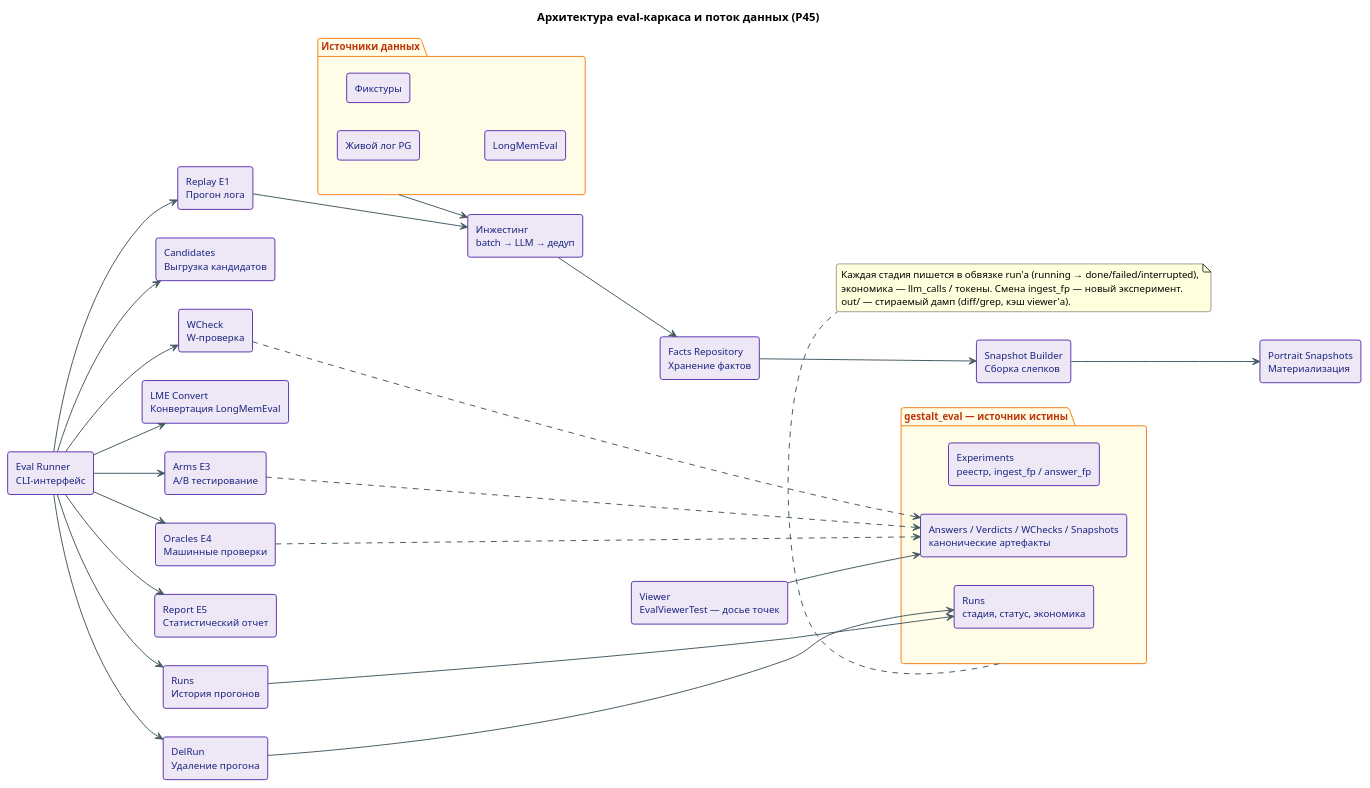
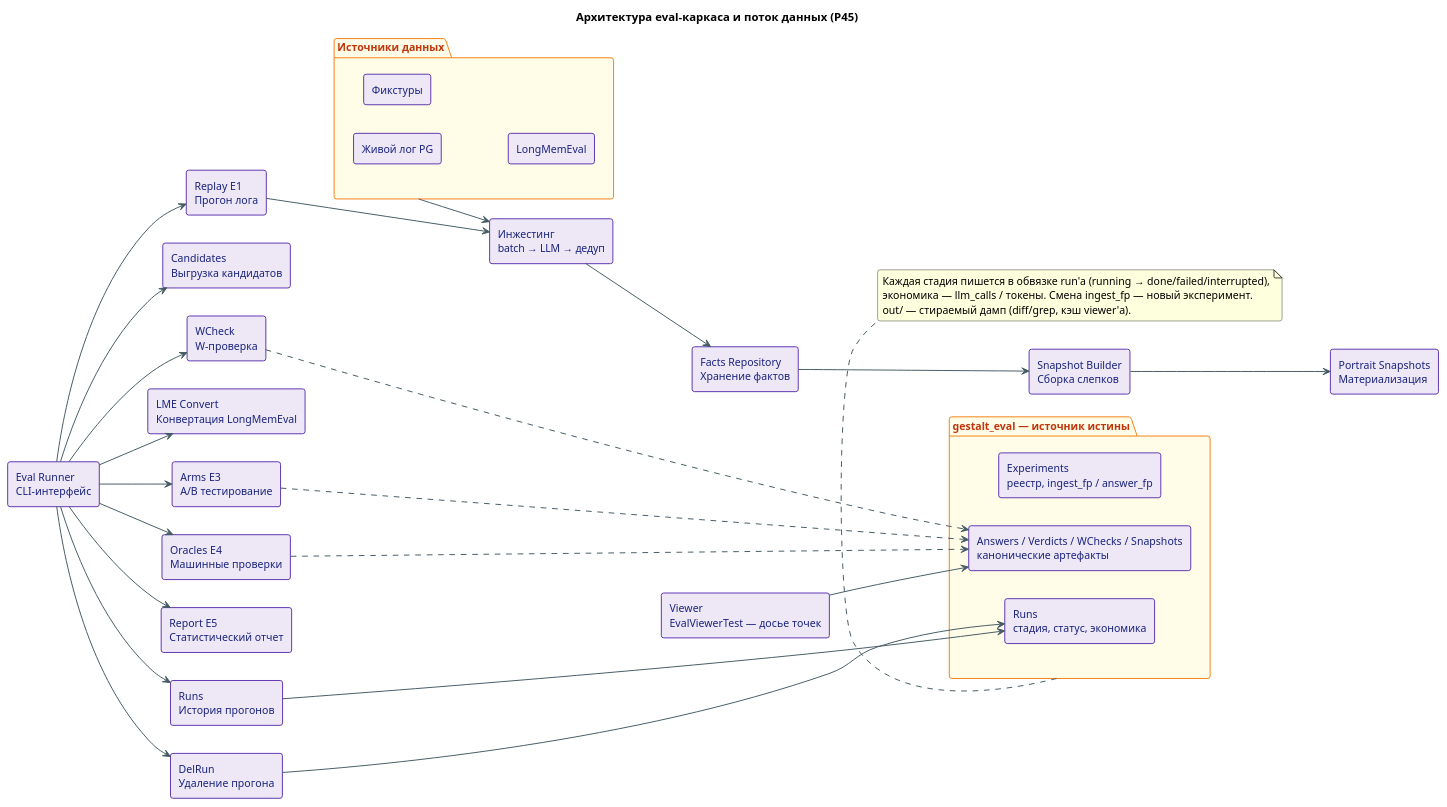
One commit to longirun/gestalt changed the diagram in docs/spec/eval/архитектура-каркаса.puml. Above: the diagram before and after it, drawn with PlantUML. The commit also changed 3 other files, not shown here.

```diff
--- a/docs/spec/eval/архитектура-каркаса.puml
+++ b/docs/spec/eval/архитектура-каркаса.puml
@@ -1,111 +1,111 @@
 @startuml архитектура-каркаса
 title Архитектура eval-каркаса и поток данных (Р45)
 left to right direction
 
 skinparam componentStyle rectangle
 skinparam roundcorner 6
 skinparam shadowing false
 skinparam defaultFontName "Liberation Sans, sans-serif"
-skinparam defaultFontSize 12
+skinparam defaultFontSize 13
 
 skinparam component {
   BackgroundColor #EDE7F6
   BorderColor #5E35B1
   FontColor #1A237E
   BorderThickness 1.2
 }
 
 skinparam package {
   BackgroundColor #FFFDE7
   BorderColor #F57F17
   FontColor #BF360C
   BorderThickness 1.2
 }
 
 skinparam arrow {
   Color #455A64
   Thickness 1.2
 }
 
 ' Hub
 [Eval Runner\nCLI-интерфейс] as Runner
 
 ' Commands (Column 2)
 [Replay E1\nПрогон лога] as Replay
 [Candidates\nВыгрузка кандидатов] as Candidates
 [WCheck\nW-проверка] as WCheck
 [LME Convert\nКонвертация LongMemEval] as Lme
 [Arms E3\nA/B тестирование] as Arms
 [Oracles E4\nМашинные проверки] as Oracles
 [Report E5\nСтатистический отчет] as Report
 [Runs\nИстория прогонов] as RunsCmd
 [DelRun\nУдаление прогона] as DelRunCmd
 
 ' Align commands vertically in column 2 (in LR mode, -right-> is vertically downwards)
 Replay -[hidden]right-> Candidates
 Candidates -[hidden]right-> WCheck
 WCheck -[hidden]right-> Lme
 Lme -[hidden]right-> Arms
 Arms -[hidden]right-> Oracles
 Oracles -[hidden]right-> Report
 Report -[hidden]right-> RunsCmd
 RunsCmd -[hidden]right-> DelRunCmd
 
 ' Arrows from Runner to Commands
 Runner --> Replay
 Runner --> Candidates
 Runner --> WCheck
 Runner --> Lme
 Runner --> Arms
 Runner --> Oracles
 Runner --> Report
 Runner --> RunsCmd
 Runner --> DelRunCmd
 
 ' Data sources
 package "Источники данных" as Sources {
   [Живой лог PG] as SrcPg
   [Фикстуры] as SrcFix
   [LongMemEval] as SrcLme
 }
 
 ' Replay Pipeline
 [Инжестинг\nbatch → LLM → дедуп] as Ingest
 [Facts Repository\nХранение фактов] as Repo
 [Snapshot Builder\nСборка слепков] as Builder
 [Portrait Snapshots\nМатериализация] as Snaps
 
 Replay -down-> Ingest
 Sources -down-> Ingest
 Ingest -down-> Repo
 Repo -down-> Builder
 Builder -down-> Snaps
 
 ' Keep Sources aligned above Replay pipeline
 Replay -[hidden]down-> Sources
 
 ' Lifecycle: PG — источник истины (план 31 §7)
 package "gestalt_eval — источник истины" as Lifecycle {
   [Experiments\nреестр, ingest_fp / answer_fp] as Exps
   [Runs\nстадия, статус, экономика] as RunsTbl
   [Answers / Verdicts / WChecks / Snapshots\nканонические артефакты] as Arts
 }
 
 [Viewer\nEvalViewerTest — досье точек] as Viewer
 
 RunsCmd --> RunsTbl
 DelRunCmd --> RunsTbl
 Arms ..> Arts
 Oracles ..> Arts
 WCheck ..> Arts
 Viewer --> Arts
 ' Layout: lifecycle под пайплайном replay
 Repo -[hidden]down-> Exps
 
 note bottom of Lifecycle
   Каждая стадия пишется в обвязке run'а (running → done/failed/interrupted),
   экономика — llm_calls / токены. Смена ingest_fp — новый эксперимент.
   out/ — стираемый дамп (diff/grep, кэш viewer'а).
 end note
 
 @enduml
```
